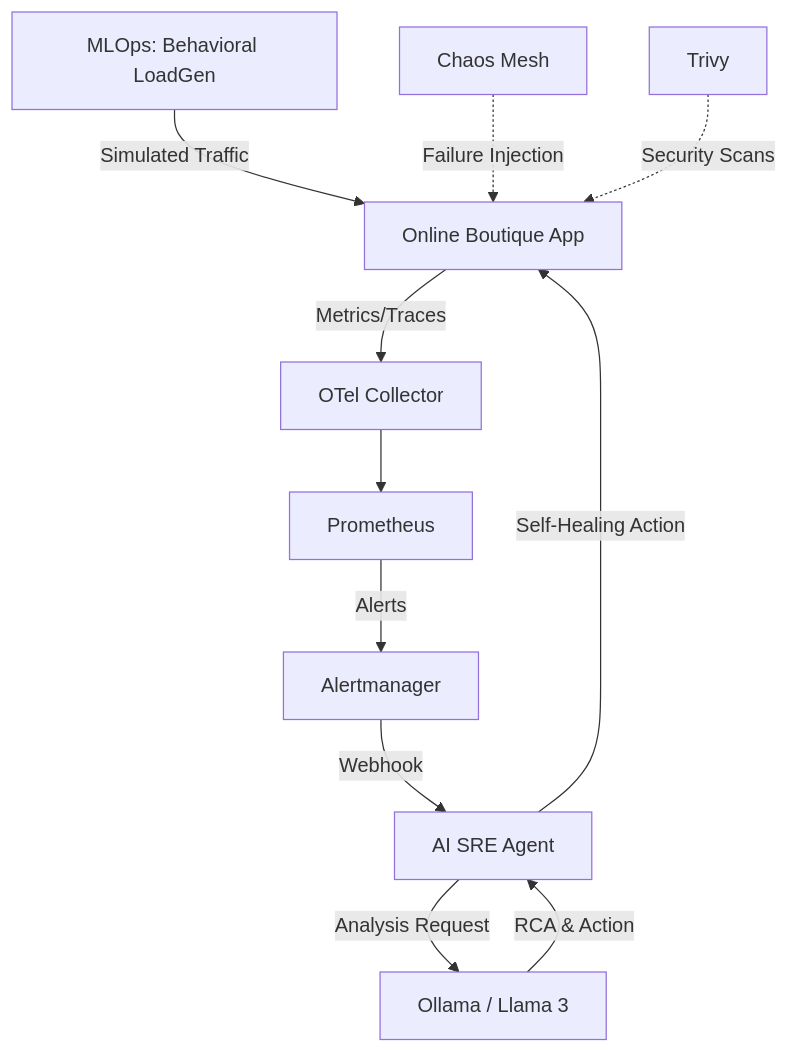
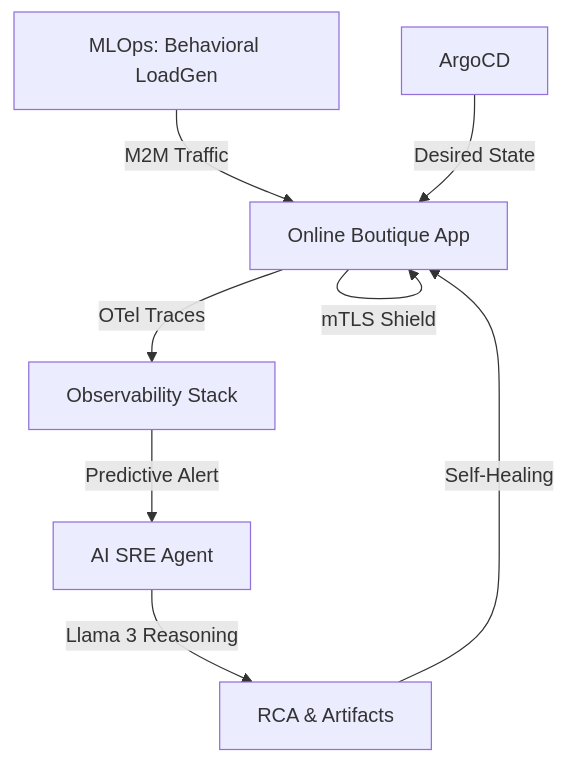
The diagram in README.md (fbscotta369/ai4all-sre), drawn with Mermaid before and after one commit. The commit also changed other lines of this file and 1 other file, not shown here.

````diff
--- a/README.md
+++ b/README.md
@@ -10,13 +20,10 @@
 ```mermaid
 graph TD
-    A[MLOps: Behavioral LoadGen] -->|Simulated Traffic| B[Online Boutique App]
-    B -->|Metrics/Traces| C[OTel Collector]
-    C --> D[Prometheus]
-    D -->|Alerts| E[Alertmanager]
-    E -->|Webhook| F[AI SRE Agent]
-    F -->|Analysis Request| G[Ollama / Llama 3]
-    G -->|RCA & Action| F
-    F -->|Self-Healing Action| B
-    H[Chaos Mesh] -.->|Failure Injection| B
-    I[Trivy] -.->|Security Scans| B
+    A[MLOps: Behavioral LoadGen] -->|M2M Traffic| B[Online Boutique App]
+    B -->|mTLS Shield| B
+    B -->|OTel Traces| C[Observability Stack]
+    C -->|Predictive Alert| D[AI SRE Agent]
+    D -->|Llama 3 Reasoning| E[RCA & Artifacts]
+    E -->|Self-Healing| B
+    F[ArgoCD] -->|Desired State| B
 ```
````
